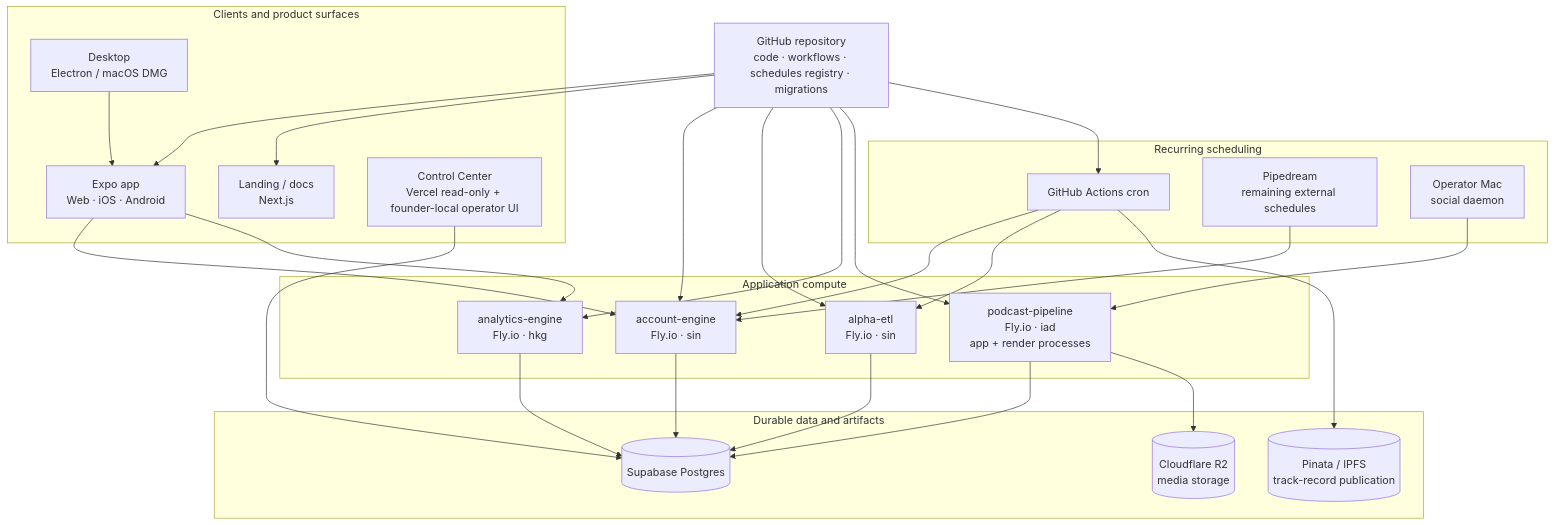
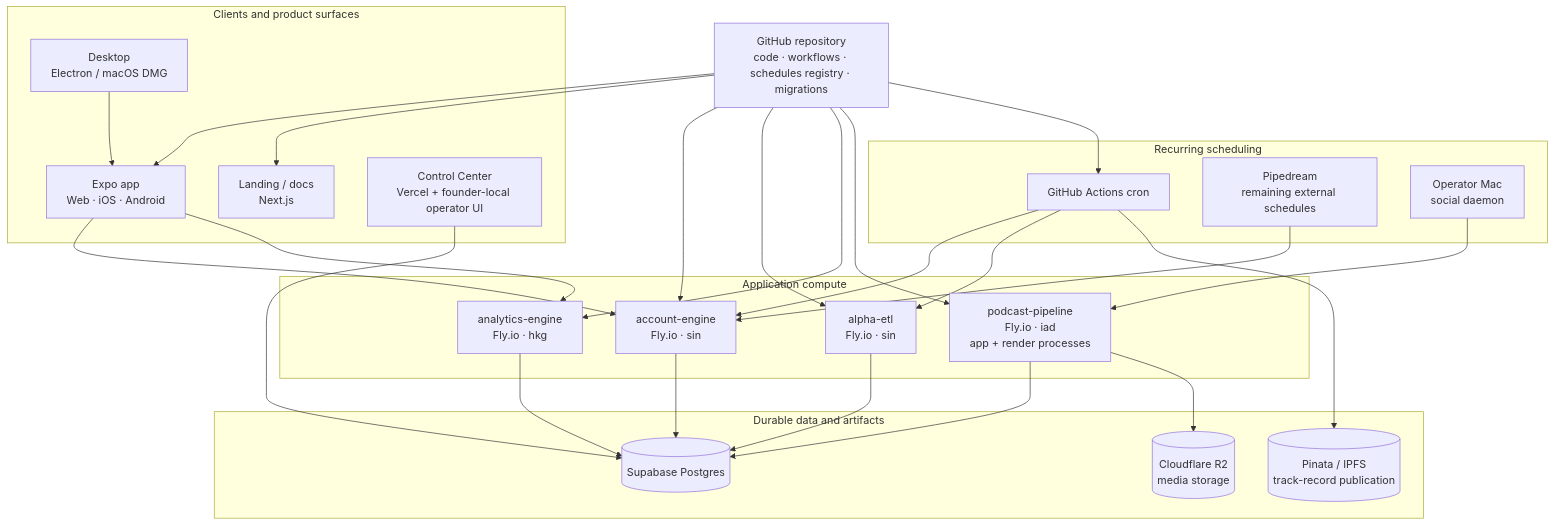
The diagram in docs/architecture/current.md (zapPilot/zapEngine), drawn with Mermaid before and after one commit. The commit also changed other lines of this file, not shown here.

Commit message:
docs: reconcile Control Center operational surface

````diff
--- a/docs/architecture/current.md
+++ b/docs/architecture/current.md
@@ -7,54 +7,54 @@
 ```mermaid
 flowchart TD
   GH[GitHub repository\ncode · workflows · schedules registry · migrations]
 
   subgraph Clients[Clients and product surfaces]
     APP[Expo app\nWeb · iOS · Android]
     LAND[Landing / docs\nNext.js]
     DESK[Desktop\nElectron / macOS DMG]
-    CC[Control Center\nVercel read-only + founder-local operator UI]
+    CC[Control Center\nVercel + founder-local operator UI]
   end
 
   subgraph Compute[Application compute]
     AE[account-engine\nFly.io · sin]
     ETL[alpha-etl\nFly.io · sin]
     AN[analytics-engine\nFly.io · hkg]
     POD[podcast-pipeline\nFly.io · iad\napp + render processes]
   end
 
   subgraph Data[Durable data and artifacts]
     SB[(Supabase Postgres)]
     R2[(Cloudflare R2\nmedia storage)]
     IPFS[(Pinata / IPFS\ntrack-record publication)]
   end
 
   subgraph Scheduling[Recurring scheduling]
     GHA[GitHub Actions cron]
     PD[Pipedream\nremaining external schedules]
     MAC[Operator Mac\nsocial daemon]
   end
 
   GH --> APP
   GH --> LAND
   GH --> AE
   GH --> ETL
   GH --> AN
   GH --> POD
   GH --> GHA
 
   APP --> AE
   APP --> AN
   DESK --> APP
   CC --> SB
 
   AE --> SB
   ETL --> SB
   AN --> SB
   POD --> SB
   POD --> R2
   GHA --> AE
   GHA --> ETL
   GHA --> IPFS
   PD --> AE
   MAC --> POD
 ```
````
